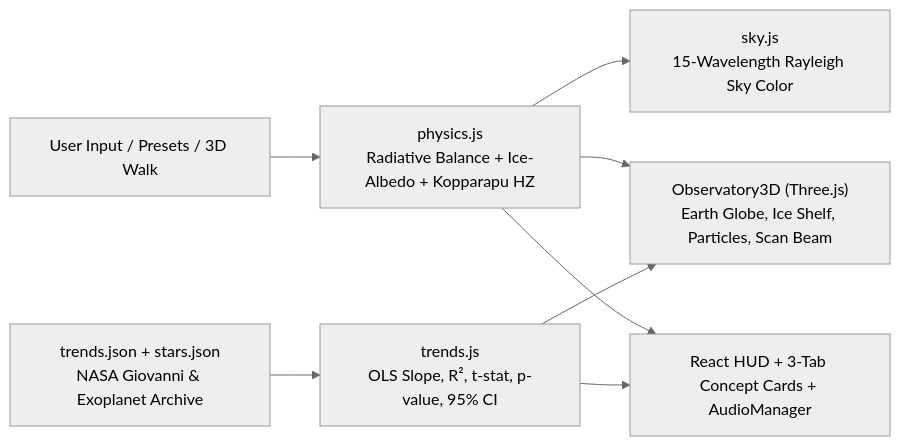
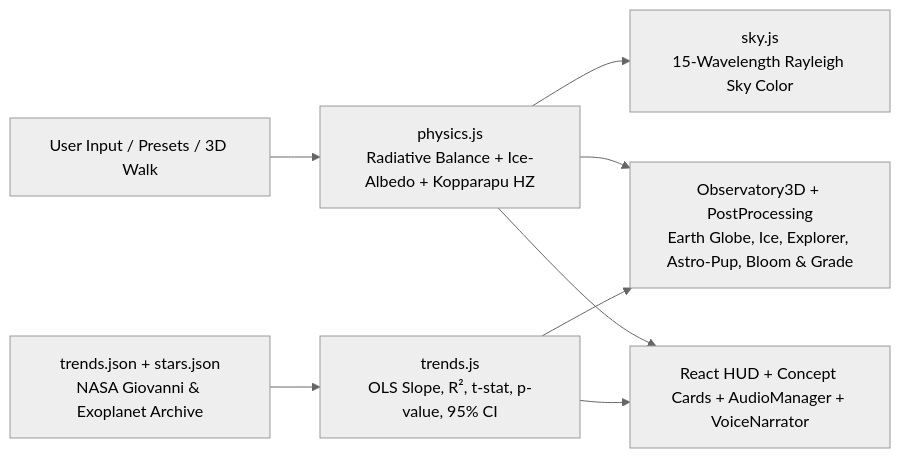
One commit to nabilah-nugroho/terrawhatif changed the diagram in README.md. Above: the diagram before and after it, drawn with Mermaid (neutral theme). The commit also changed other lines of this file and 1 other file, not shown here.

````diff
--- a/README.md
+++ b/README.md
@@ -87,10 +108,10 @@
 ```mermaid
 flowchart LR
     U["User Input / Presets / 3D Walk"] --> P["physics.js\nRadiative Balance + Ice-Albedo + Kopparapu HZ"]
     P --> S["sky.js\n15-Wavelength Rayleigh Sky Color"]
-    P --> O["Observatory3D (Three.js)\nEarth Globe, Ice Shelf, Particles, Scan Beam"]
+    P --> O["Observatory3D + PostProcessing\nEarth Globe, Ice, Explorer, Astro-Pup, Bloom & Grade"]
     T["trends.json + stars.json\nNASA Giovanni & Exoplanet Archive"] --> R["trends.js\nOLS Slope, R², t-stat, p-value, 95% CI"]
     R --> O
-    P --> H["React HUD + 3-Tab Concept Cards + AudioManager"]
+    P --> H["React HUD + Concept Cards + AudioManager + VoiceNarrator"]
     R --> H
 ```
````
